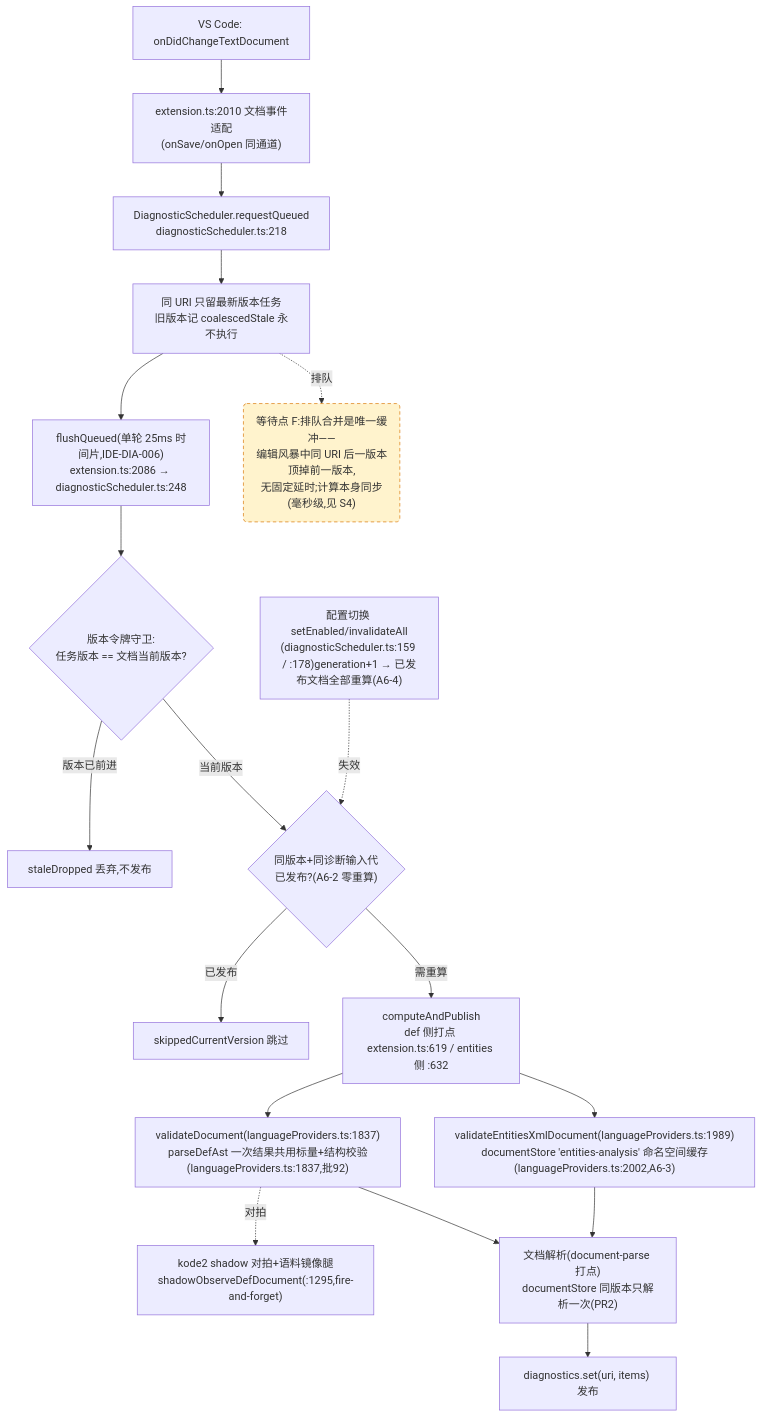
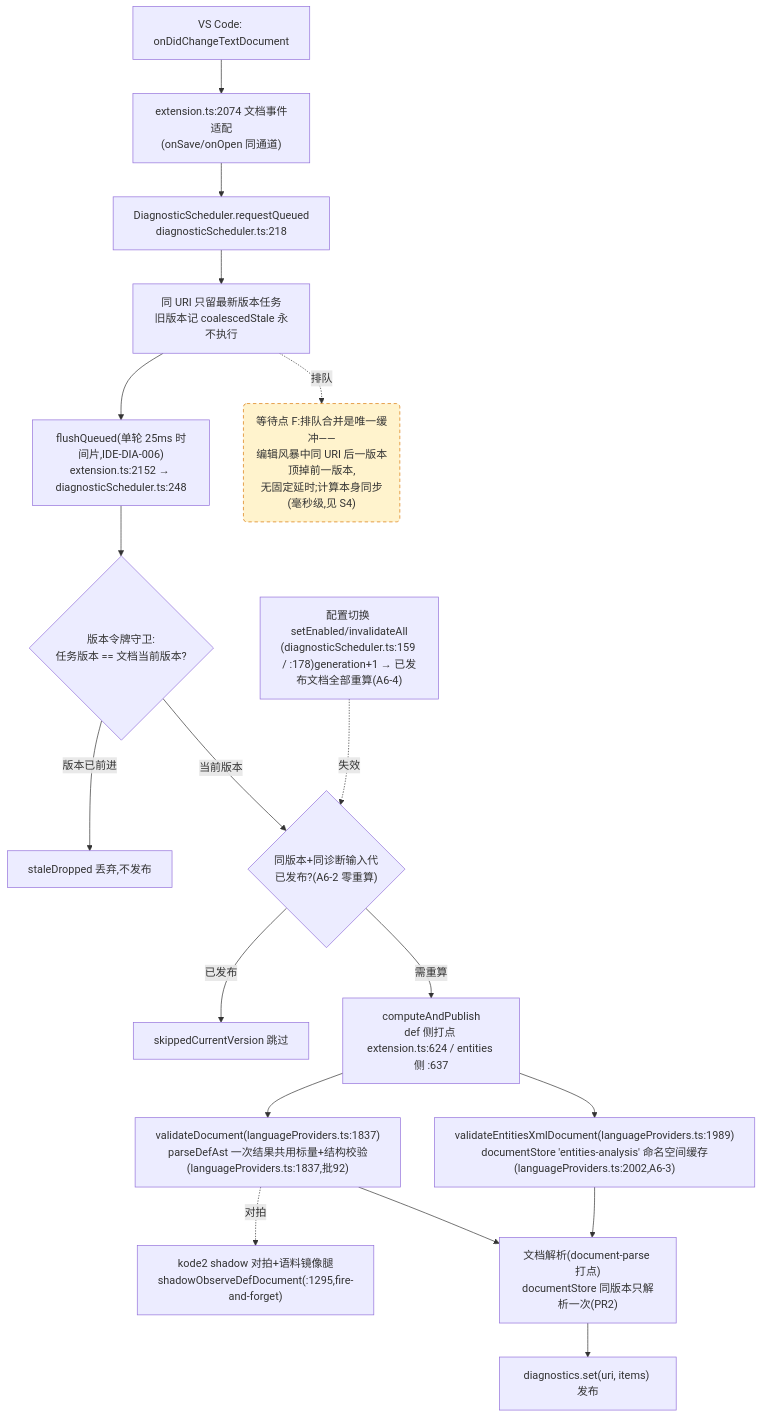
The fourth of 4 diagrams in docs/perf/2026-baseline.md (cuihairu/kode), drawn with Mermaid before and after one commit. The commit also changed other lines of this file and 7 other files, not shown here.

````diff
--- a/docs/perf/2026-baseline.md
+++ b/docs/perf/2026-baseline.md
@@ -214,38 +214,38 @@
 ```mermaid
 flowchart TD
   CHG["VS Code: onDidChangeTextDocument"]
-  WATCH["extension.ts:2010 文档事件适配<br/>(onSave/onOpen 同通道)"]
+  WATCH["extension.ts:2074 文档事件适配<br/>(onSave/onOpen 同通道)"]
   RQ["DiagnosticScheduler.requestQueued<br/>diagnosticScheduler.ts:218"]
   CO["同 URI 只留最新版本任务<br/>旧版本记 coalescedStale 永不执行"]
-  FL["flushQueued(单轮 25ms 时间片,IDE-DIA-006)<br/>extension.ts:2086 → diagnosticScheduler.ts:248"]
+  FL["flushQueued(单轮 25ms 时间片,IDE-DIA-006)<br/>extension.ts:2152 → diagnosticScheduler.ts:248"]
   VG{"版本令牌守卫:<br/>任务版本 == 文档当前版本?"}
   DROP["staleDropped 丢弃,不发布"]
   GEN{"同版本+同诊断输入代<br/>已发布?(A6-2 零重算)"}
   SKIP["skippedCurrentVersion 跳过"]
-  CALC["computeAndPublish<br/>def 侧打点 extension.ts:619 / entities 侧 :632"]
+  CALC["computeAndPublish<br/>def 侧打点 extension.ts:624 / entities 侧 :637"]
   VD["validateDocument(languageProviders.ts:1837)<br/>parseDefAst 一次结果共用标量+结构校验(languageProviders.ts:1837,批92)"]
   VEX["validateEntitiesXmlDocument(languageProviders.ts:1989)<br/>documentStore 'entities-analysis' 命名空间缓存(languageProviders.ts:2002,A6-3)"]
   SHDD["kode2 shadow 对拍+语料镜像腿<br/>shadowObserveDefDocument(:1295,fire-and-forget)"]
   DS["文档解析(document-parse 打点)<br/>documentStore 同版本只解析一次(PR2)"]
   PUB["diagnostics.set(uri, items) 发布"]
   CFG2["配置切换 setEnabled/invalidateAll<br/>(diagnosticScheduler.ts:159 / :178)generation+1 → 已发布文档全部重算(A6-4)"]
 
   CHG --> WATCH --> RQ --> CO --> FL --> VG
   VG -- "版本已前进" --> DROP
   VG -- "当前版本" --> GEN
   GEN -- "已发布" --> SKIP
   GEN -- "需重算" --> CALC
   CALC --> VD
   CALC --> VEX
   VD --> DS
   VEX --> DS
   DS --> PUB
   VD -.->|对拍| SHDD
   CFG2 -.->|失效| GEN
 
   WAITF("等待点 F:排队合并是唯一缓冲——<br/>编辑风暴中同 URI 后一版本顶掉前一版本,<br/>无固定延时;计算本身同步(毫秒级,见 S4)")
   CO -.->|排队| WAITF
 
   classDef waitPoint fill:#fff3cd,stroke:#d97706,stroke-dasharray:5 4;
   class WAITF waitPoint;
 ```
````
